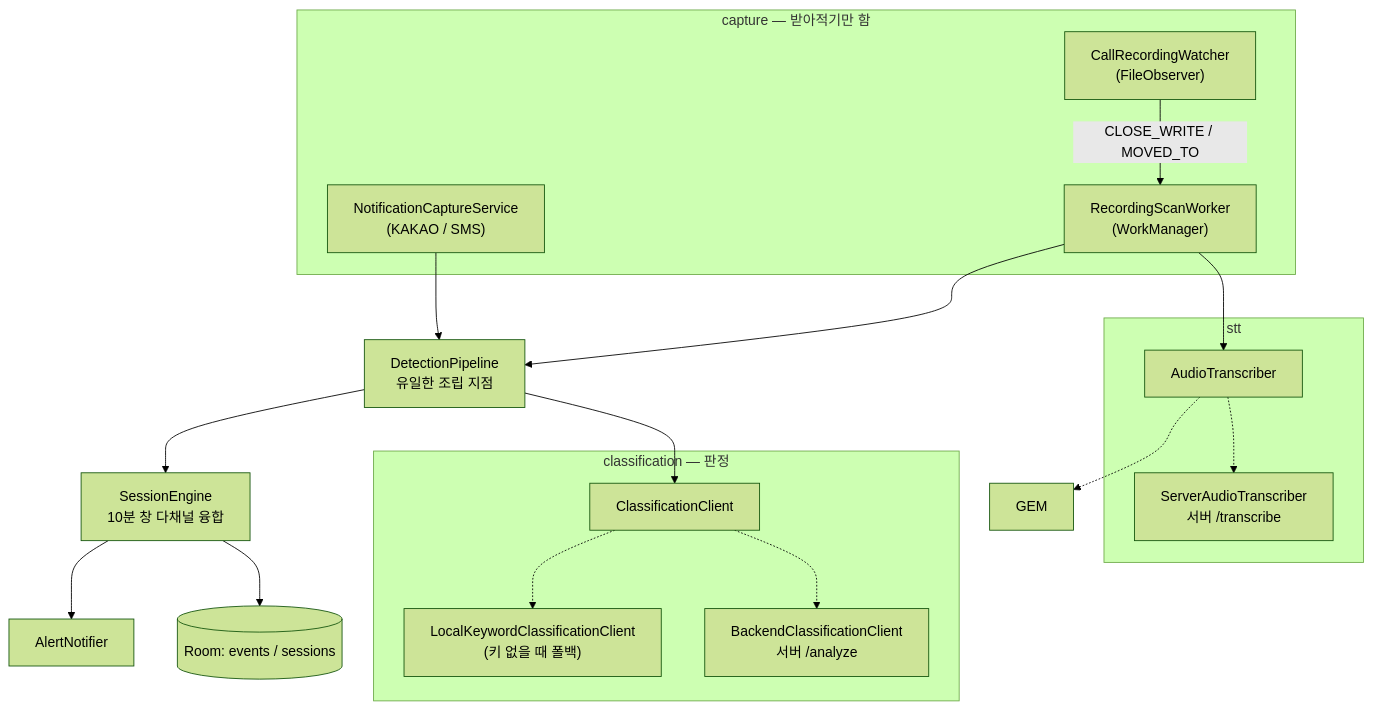
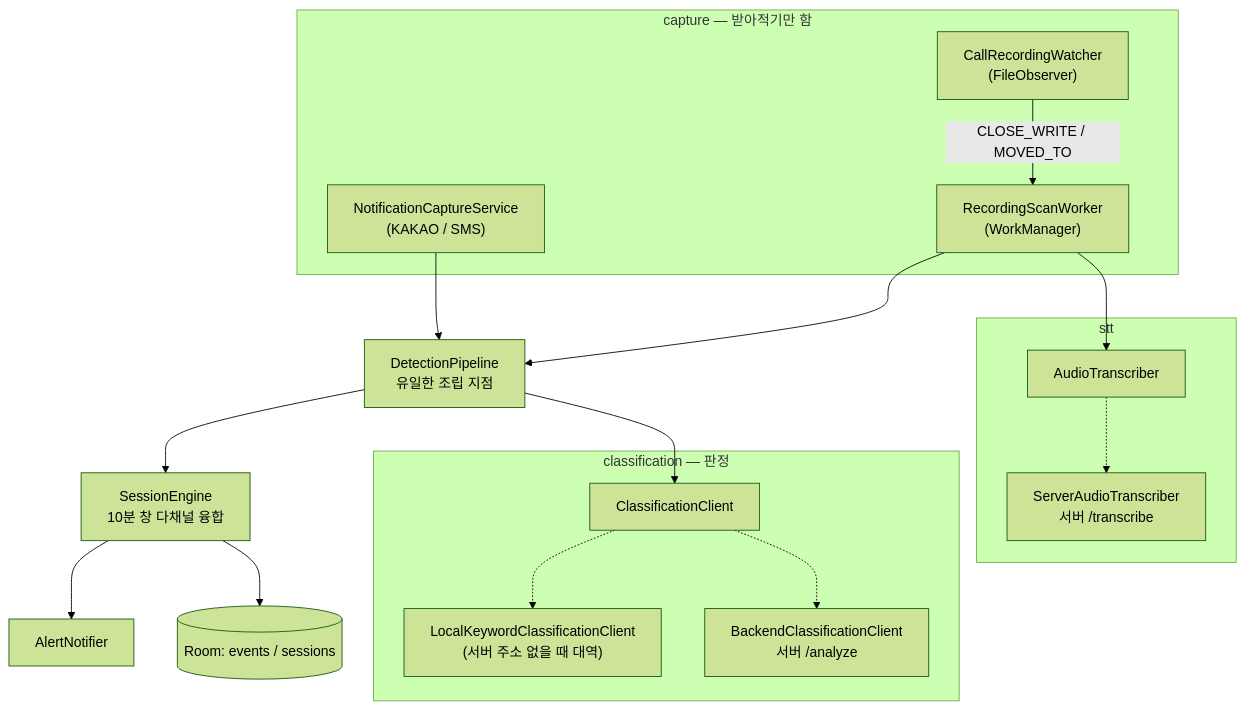
One commit to AVA-Ajou/AVA-app changed the first of 3 diagrams in docs/architecture.md. Above: the diagram before and after it, drawn with Mermaid (forest theme). The commit also changed other lines of this file and 19 other files, not shown here.

````diff
--- a/docs/architecture.md
+++ b/docs/architecture.md
@@ -7,37 +7,36 @@
 ```mermaid
 flowchart TD
     subgraph capture["capture — 받아적기만 함"]
         NCS["NotificationCaptureService<br/>(KAKAO / SMS)"]
         CRW["CallRecordingWatcher<br/>(FileObserver)"]
         RSW["RecordingScanWorker<br/>(WorkManager)"]
     end
 
     subgraph stt["stt"]
         AT["AudioTranscriber"]
         GAT["ServerAudioTranscriber<br/>서버 /transcribe"]
     end
 
     subgraph cls["classification — 판정"]
         CC["ClassificationClient"]
         GCC["BackendClassificationClient<br/>서버 /analyze"]
-        LKC["LocalKeywordClassificationClient<br/>(키 없을 때 폴백)"]
+        LKC["LocalKeywordClassificationClient<br/>(서버 주소 없을 때 대역)"]
     end
 
     DP["DetectionPipeline<br/>유일한 조립 지점"]
     SE["SessionEngine<br/>10분 창 다채널 융합"]
     AN["AlertNotifier"]
     DB[("Room: events / sessions")]
 
     NCS --> DP
     CRW -- "CLOSE_WRITE / MOVED_TO" --> RSW
     RSW --> AT
     AT -.-> GAT
-    AT -.-> GEM
     RSW --> DP
     DP --> CC
     CC -.-> GCC
     CC -.-> LKC
     DP --> SE
     SE --> DB
     SE --> AN
 ```
````
